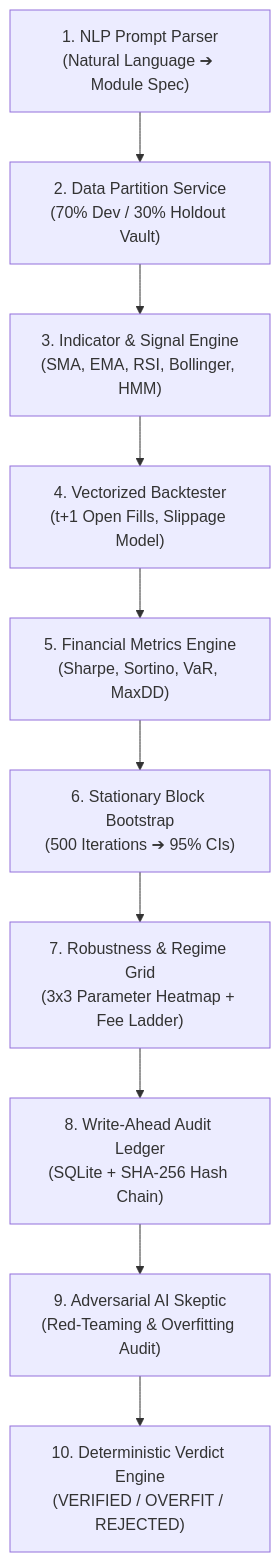
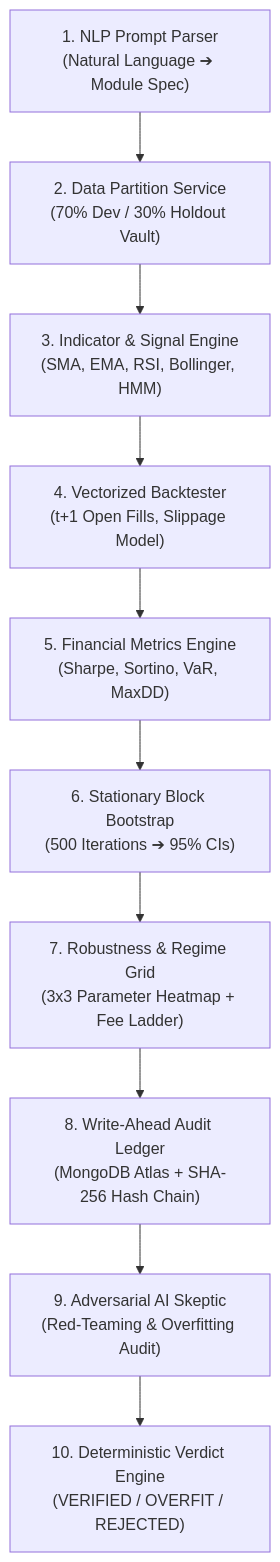
The first of 2 diagrams in README.md (gowtham-dd/FinTechOS), drawn with Mermaid before and after one commit. The commit also changed other lines of this file and 7 other files, not shown here.

````diff
--- a/README.md
+++ b/README.md
@@ -37,12 +37,12 @@
 ```mermaid
 graph TD
     A["1. NLP Prompt Parser<br/>(Natural Language ➔ Module Spec)"] --> B["2. Data Partition Service<br/>(70% Dev / 30% Holdout Vault)"]
     B --> C["3. Indicator & Signal Engine<br/>(SMA, EMA, RSI, Bollinger, HMM)"]
     C --> D["4. Vectorized Backtester<br/>(t+1 Open Fills, Slippage Model)"]
     D --> E["5. Financial Metrics Engine<br/>(Sharpe, Sortino, VaR, MaxDD)"]
     E --> F["6. Stationary Block Bootstrap<br/>(500 Iterations ➔ 95% CIs)"]
     F --> G["7. Robustness & Regime Grid<br/>(3x3 Parameter Heatmap + Fee Ladder)"]
-    G --> H["8. Write-Ahead Audit Ledger<br/>(SQLite + SHA-256 Hash Chain)"]
+    G --> H["8. Write-Ahead Audit Ledger<br/>(MongoDB Atlas + SHA-256 Hash Chain)"]
     H --> I["9. Adversarial AI Skeptic<br/>(Red-Teaming & Overfitting Audit)"]
     I --> J["10. Deterministic Verdict Engine<br/>(VERIFIED / OVERFIT / REJECTED)"]
 ```
````
